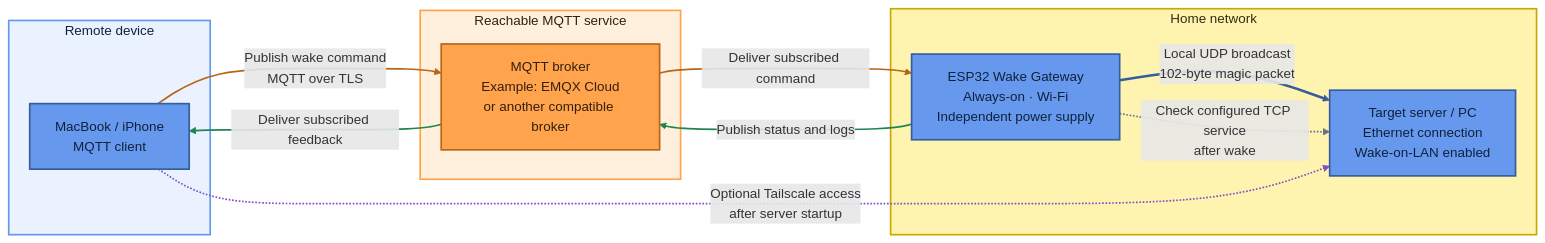
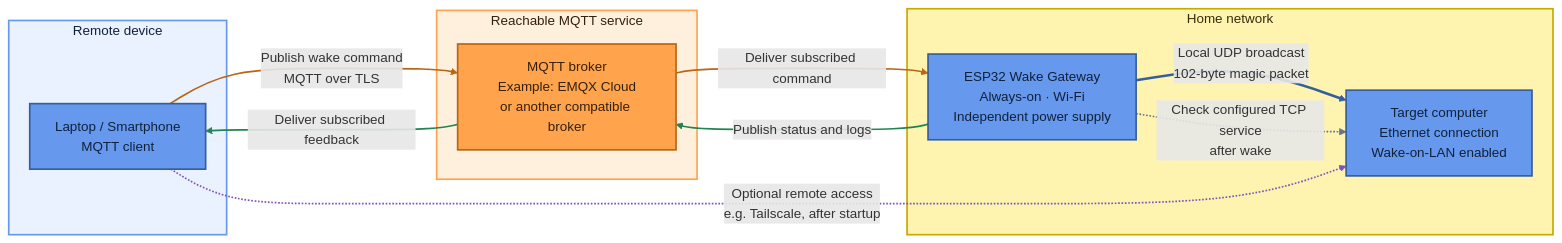
One commit to carl-pla/Esp32-WoL-ReliabilityTesting changed the diagram in README.md. Above: the diagram before and after it, drawn with Mermaid. The commit also changed other lines of this file, not shown here.

````diff
--- a/README.md
+++ b/README.md
@@ -34,42 +54,42 @@
 ```mermaid
 flowchart LR
     subgraph REMOTE["Remote device"]
-        CLIENT["MacBook / iPhone<br/>MQTT client"]
+        CLIENT["Laptop / Smartphone<br/>MQTT client"]
     end
 
     subgraph CLOUD["Reachable MQTT service"]
         BROKER["MQTT broker<br/>Example: EMQX Cloud<br/>or another compatible broker"]
     end
 
     subgraph HOME["Home network"]
         ESP["ESP32 Wake Gateway<br/>Always-on · Wi-Fi<br/>Independent power supply"]
-        SERVER["Target server / PC<br/>Ethernet connection<br/>Wake-on-LAN enabled"]
+        SERVER["Target computer<br/>Ethernet connection<br/>Wake-on-LAN enabled"]
     end
 
     CLIENT -->|"Publish wake command<br/>MQTT over TLS"| BROKER
     BROKER -->|"Deliver subscribed command"| ESP
 
     ESP -->|"Local UDP broadcast<br/>102-byte magic packet"| SERVER
     ESP -.->|"Check configured TCP service<br/>after wake"| SERVER
 
     ESP -->|"Publish status and logs"| BROKER
     BROKER -->|"Deliver subscribed feedback"| CLIENT
 
-    CLIENT -.->|"Optional Tailscale access<br/>after server startup"| SERVER
+    CLIENT -.->|"Optional remote access<br/>e.g. Tailscale, after startup"| SERVER
 
     classDef device fill:#6699ee,stroke:#365e9d,stroke-width:2px,color:#10213b;
     classDef broker fill:#ffa34d,stroke:#b86516,stroke-width:2px,color:#33200e;
 
     class CLIENT,ESP,SERVER device;
     class BROKER broker;
 
     style REMOTE fill:#eaf2ff,stroke:#6699ee,stroke-width:2px,color:#10213b
     style CLOUD fill:#fff0de,stroke:#ffa34d,stroke-width:2px,color:#33200e
     style HOME fill:#fff4af,stroke:#c7a900,stroke-width:2px,color:#332d0b
 
     linkStyle 0,1 stroke:#b86516,stroke-width:2px;
     linkStyle 2 stroke:#365e9d,stroke-width:3px;
     linkStyle 3 stroke:#62748c,stroke-width:2px;
     linkStyle 4,5 stroke:#228453,stroke-width:2px;
     linkStyle 6 stroke:#8250c4,stroke-width:2px;
 ```
````
